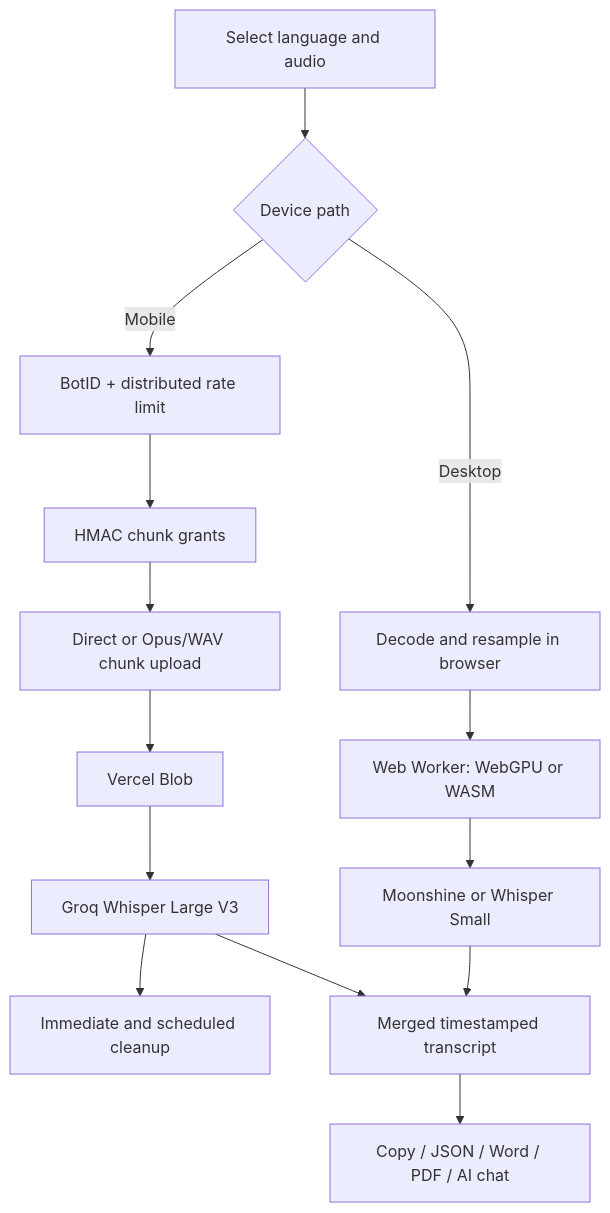
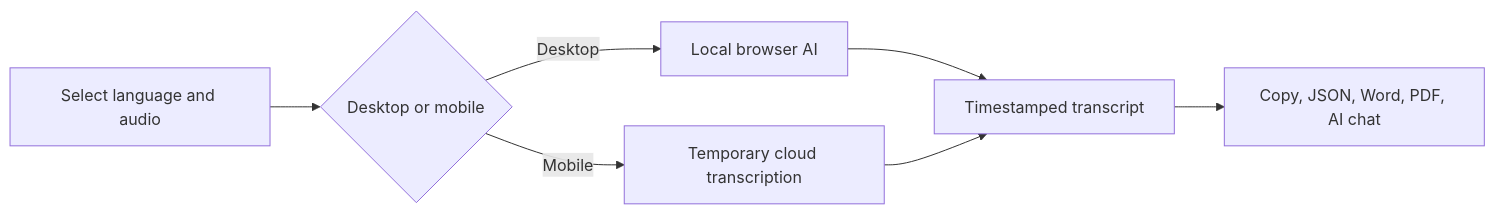
The diagram in README.md (onatozmenn/audio-transcription-tool), drawn with Mermaid before and after one commit. The commit also changed other lines of this file, not shown here.

````diff
--- a/README.md
+++ b/README.md
@@ -70,19 +68,9 @@
 ```mermaid
-flowchart TB
-  A[Select language and audio] --> B{Device path}
-
-  B -->|Desktop| C[Decode and resample in browser]
-  C --> D[Web Worker: WebGPU or WASM]
-  D --> E[Moonshine or Whisper Small]
-
-  B -->|Mobile| F[BotID + distributed rate limit]
-  F --> G[HMAC chunk grants]
-  G --> H[Direct or Opus/WAV chunk upload]
-  H --> I[Vercel Blob]
-  I --> J[Groq Whisper Large V3]
-  J --> K[Immediate and scheduled cleanup]
-
-  E --> L[Merged timestamped transcript]
-  J --> L
-  L --> M[Copy / JSON / Word / PDF / AI chat]
+flowchart LR
+  A[Select language and audio] --> B{Desktop or mobile}
+  B -->|Desktop| C[Local browser AI]
+  B -->|Mobile| D[Temporary cloud transcription]
+  C --> E[Timestamped transcript]
+  D --> E
+  E --> F[Copy, JSON, Word, PDF, AI chat]
 ```
````
